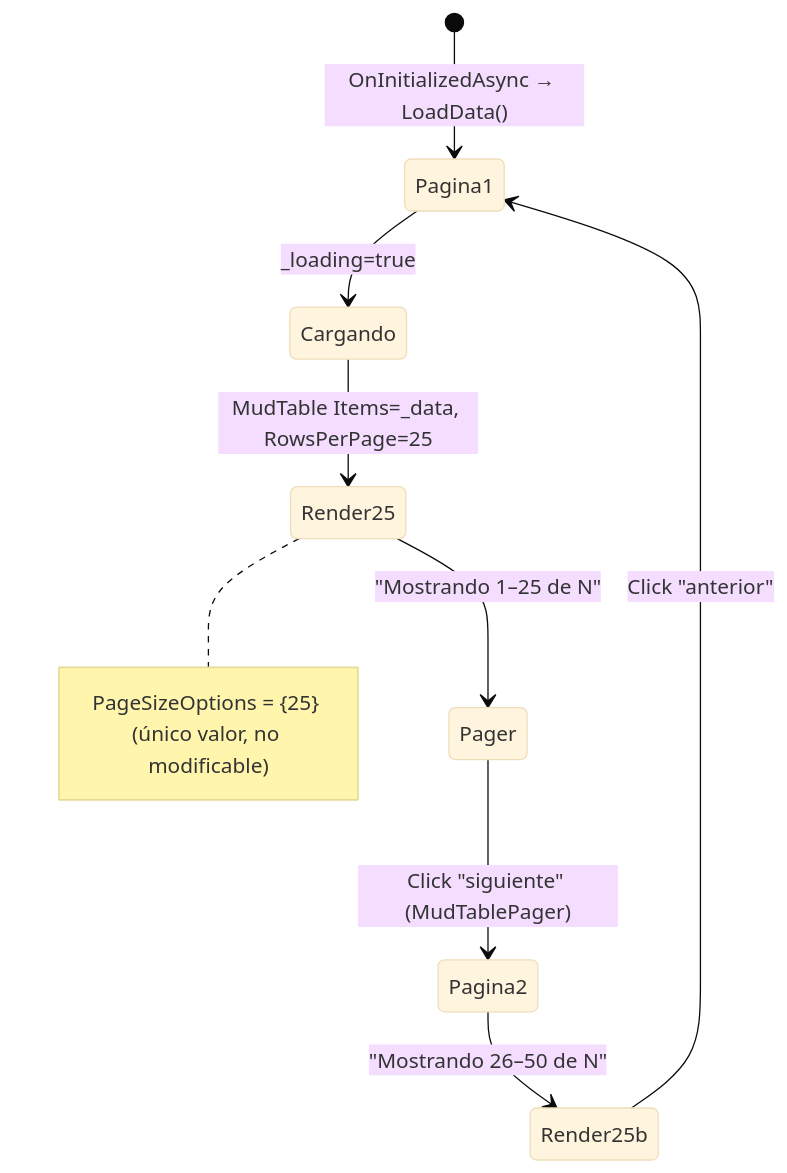
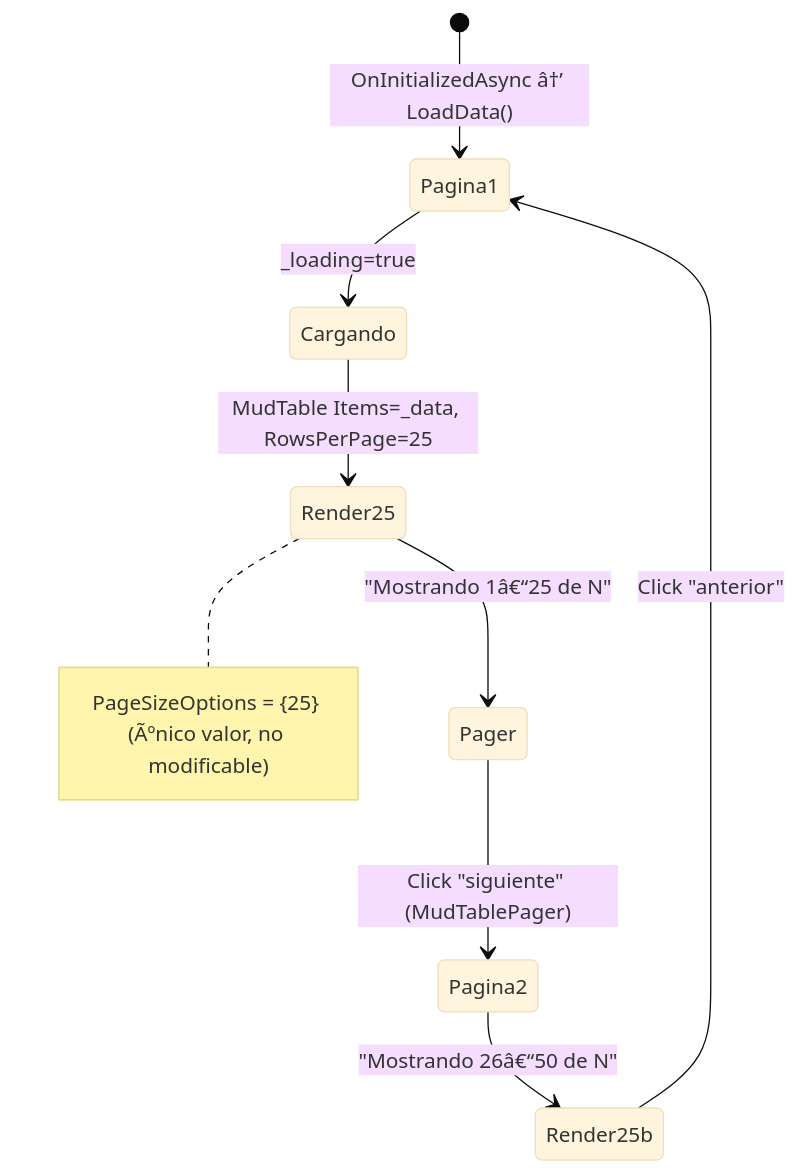
One commit to adrian-silva-uy/guarino changed the fifth of 11 diagrams in docs/diagramas.md. Above: the diagram before and after it, drawn with Mermaid (base theme). The commit also changed other lines of this file, not shown here.

Commit message:
Fix: corrige diagrama 'Flujo de consultas de datos' (semicolon en mensaje sequenceDiagram rompia el parser Mermaid)

````diff
--- a/docs/diagramas.md
+++ b/docs/diagramas.md
@@ -161,11 +162,11 @@
 ```mermaid
 stateDiagram-v2
-    [*] --> Pagina1: OnInitializedAsync → LoadData()
+    [*] --> Pagina1: OnInitializedAsync â†’ LoadData()
     Pagina1 --> Cargando: _loading=true
     Cargando --> Render25: MudTable Items=_data, RowsPerPage=25
-    Render25 --> Pager: "Mostrando 1–25 de N"
+    Render25 --> Pager: "Mostrando 1â€“25 de N"
     Pager --> Pagina2: Click "siguiente" (MudTablePager)
-    Pagina2 --> Render25b: "Mostrando 26–50 de N"
+    Pagina2 --> Render25b: "Mostrando 26â€“50 de N"
     Render25b --> Pagina1: Click "anterior"
-    Note right of Render25: PageSizeOptions = {25} (único valor, no modificable)
+    Note right of Render25: PageSizeOptions = {25} (Ãºnico valor, no modificable)
 ```
````
